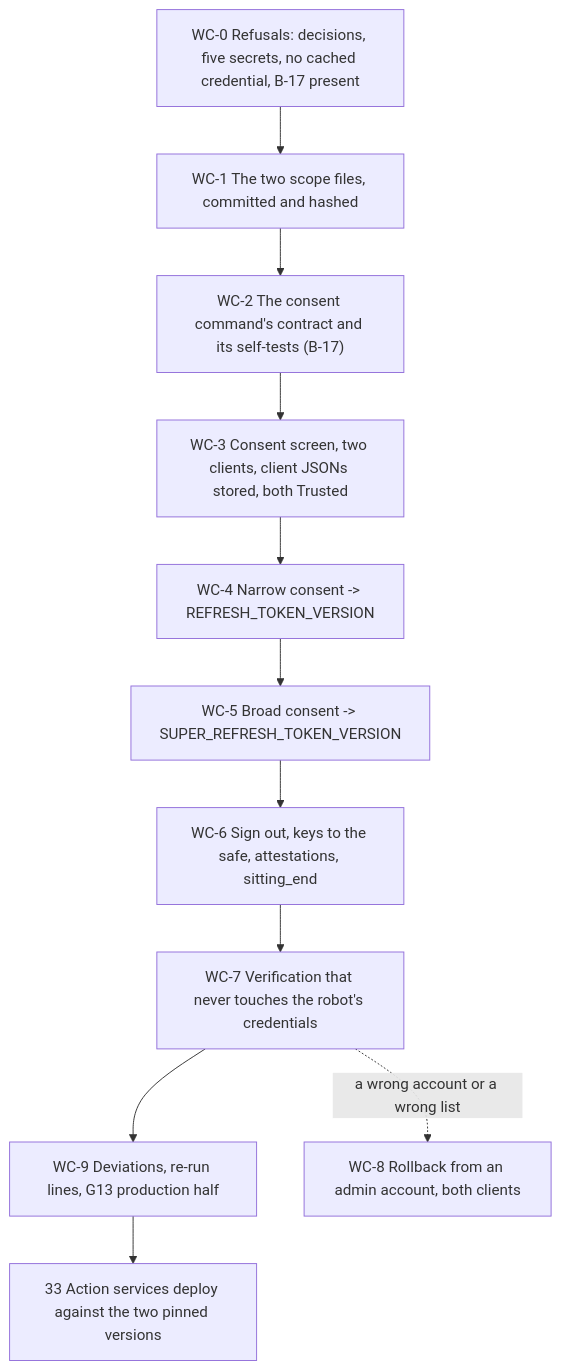
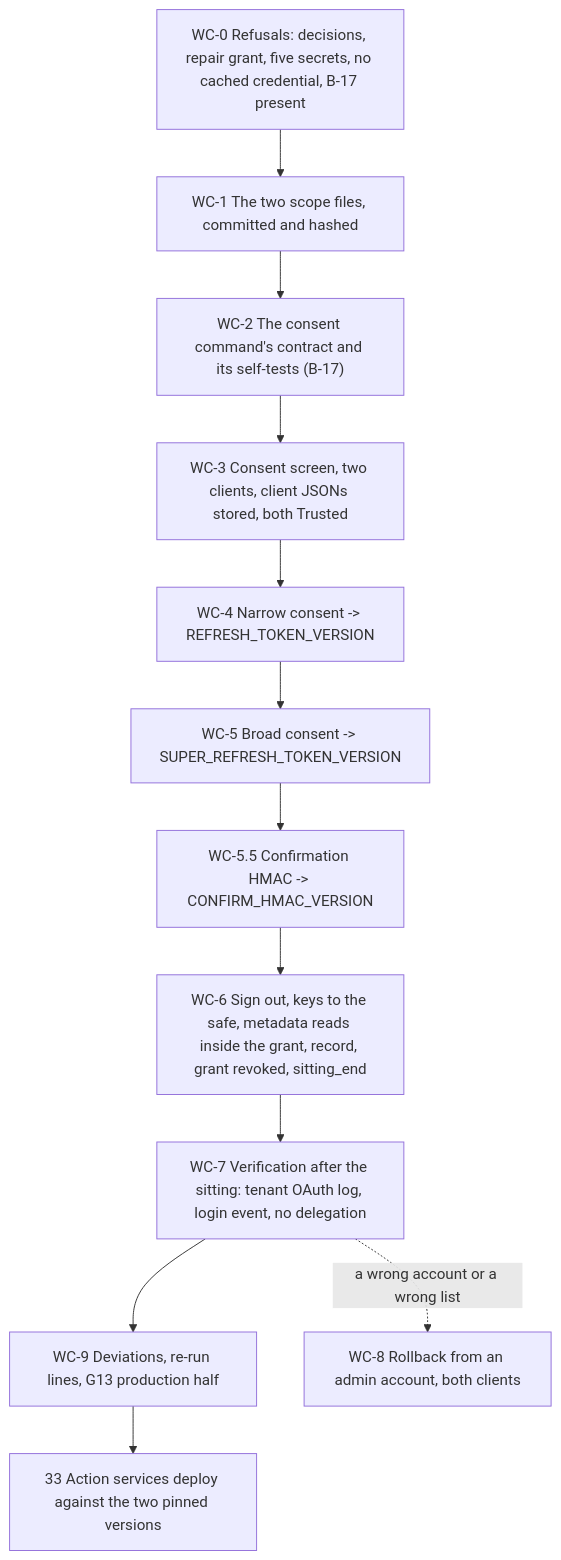
Before and after one commit to jsbdfgidsfg/agentic-platform: the diagram in platform/agentic-platform/setup/32-wall-e-consents.md, drawn with Mermaid. The commit also changed other lines of this file and 22 other files, not shown here.

````diff
--- a/platform/agentic-platform/setup/32-wall-e-consents.md
+++ b/platform/agentic-platform/setup/32-wall-e-consents.md
@@ -62,13 +62,14 @@
 ```mermaid
 flowchart TD
-  A["WC-0 Refusals: decisions, five secrets, no cached credential, B-17 present"] --> B["WC-1 The two scope files, committed and hashed"]
+  A["WC-0 Refusals: decisions, repair grant, five secrets, no cached credential, B-17 present"] --> B["WC-1 The two scope files, committed and hashed"]
   B --> C["WC-2 The consent command's contract and its self-tests (B-17)"]
   C --> D["WC-3 Consent screen, two clients, client JSONs stored, both Trusted"]
   D --> E["WC-4 Narrow consent -> REFRESH_TOKEN_VERSION"]
   E --> F["WC-5 Broad consent -> SUPER_REFRESH_TOKEN_VERSION"]
-  F --> G["WC-6 Sign out, keys to the safe, attestations, sitting_end"]
-  G --> H["WC-7 Verification that never touches the robot's credentials"]
+  F --> F2["WC-5.5 Confirmation HMAC -> CONFIRM_HMAC_VERSION"]
+  F2 --> G["WC-6 Sign out, keys to the safe, metadata reads inside the grant, record, grant revoked, sitting_end"]
+  G --> H["WC-7 Verification after the sitting: tenant OAuth log, login event, no delegation"]
   H --> I["WC-9 Deviations, re-run lines, G13 production half"]
   I --> J["33 Action services deploy against the two pinned versions"]
   H -.->|"a wrong account or a wrong list"| K["WC-8 Rollback from an admin account, both clients"]
 ```
````
